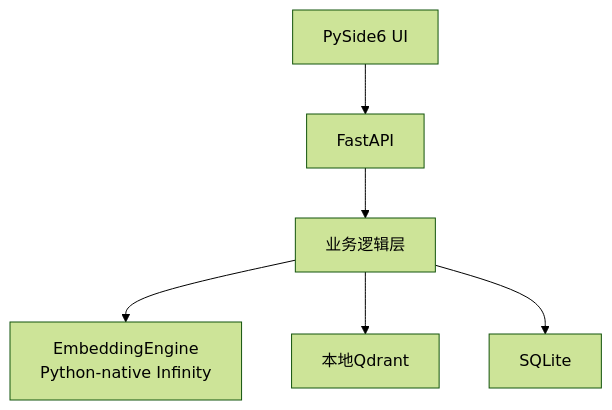
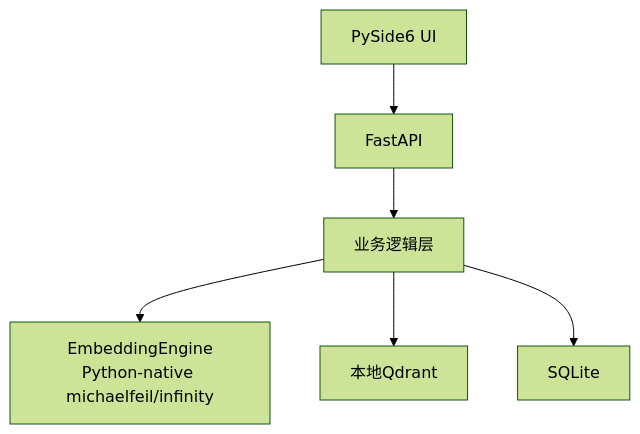
One commit to cr4342/msearch changed diagram 23 of 25 in docs/design.md. Above: the diagram before and after it, drawn with Mermaid (forest theme). The commit also changed other lines of this file and 106 other files, not shown here.

````diff
--- a/docs/design.md
+++ b/docs/design.md
@@ -4159,8 +4165,8 @@
 ```mermaid
 graph TB
     A[PySide6 UI] --> B[FastAPI]
     B --> C[业务逻辑层]
-    C --> D[EmbeddingEngine<br/>Python-native Infinity]
+    C --> D[EmbeddingEngine<br/>Python-native michaelfeil/infinity]
     C --> E[本地Qdrant]
     C --> F[SQLite]
 ```
````
